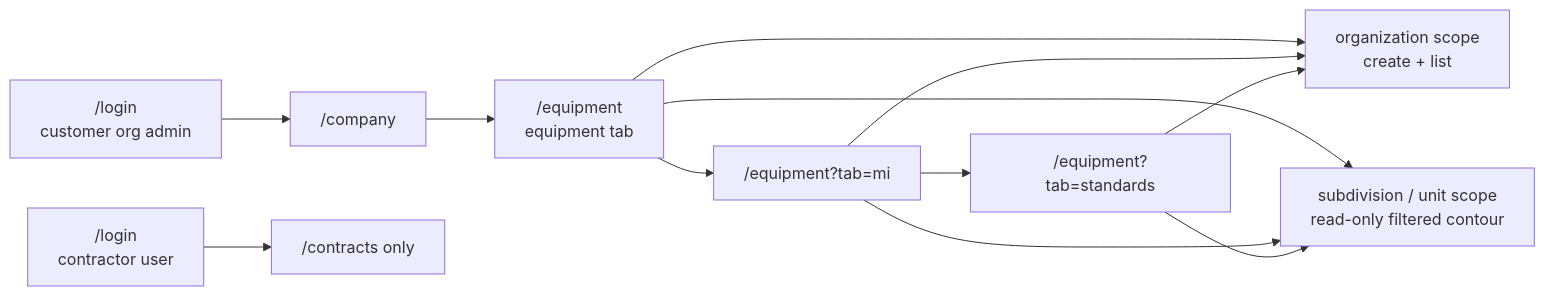
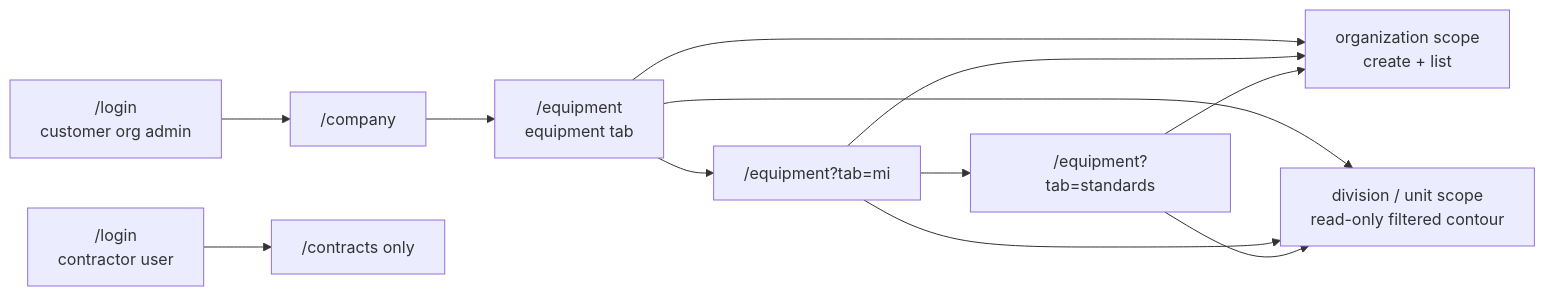
One commit to vrk-app/vrk changed the fifth of 7 diagrams in docs/design/customer-admin-bootstrap-flow.md. Above: the diagram before and after it, drawn with Mermaid. The commit also changed other lines of this file and 313 other files, not shown here.

````diff
--- a/docs/design/customer-admin-bootstrap-flow.md
+++ b/docs/design/customer-admin-bootstrap-flow.md
@@ -185,14 +188,14 @@
 ```mermaid
 flowchart LR
     A["/login<br/>customer org admin"] --> B["/company"]
     B --> C["/equipment<br/>equipment tab"]
     C --> D["/equipment?tab=mi"]
     D --> E["/equipment?tab=standards"]
     C --> F["organization scope<br/>create + list"]
     D --> F
     E --> F
-    C --> G["subdivision / unit scope<br/>read-only filtered contour"]
+    C --> G["division / unit scope<br/>read-only filtered contour"]
     D --> G
     E --> G
     H["/login<br/>contractor user"] --> I["/contracts only"]
 ```
````
